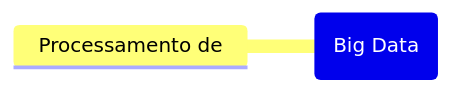
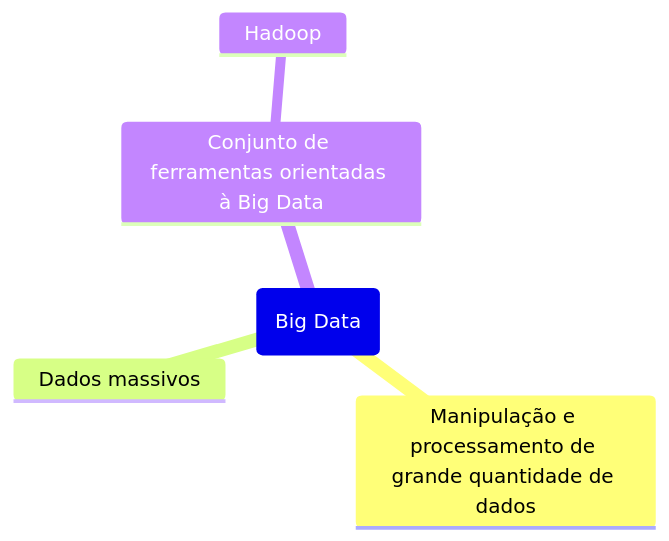
One commit to Igorino/joplin-notes changed the third of 3 diagrams in Mestrado/Segundo Semestre/SIN5033 - Grafos de conhecimento e Ontologias/Anotações/De Aulas/Aula do dia 2026 04 08.md. Above: the diagram before and after it, drawn with Mermaid.

Commit message:
Exported on 2026-04-08_17-03-51

````diff
--- a/Mestrado/Segundo Semestre/SIN5033 - Grafos de conhecimento e Ontologias/Anotações/De Aulas/Aula do dia 2026 04 08.md
+++ b/Mestrado/Segundo Semestre/SIN5033 - Grafos de conhecimento e Ontologias/Anotações/De Aulas/Aula do dia 2026 04 08.md
@@ -65,5 +65,9 @@
 ```mermaid
 mindmap
 root(Big Data)
-	Processamento de 
+	Manipulação e processamento de grande quantidade de dados
+	Dados massivos
+	Conjunto de ferramentas orientadas à Big Data
+		Hadoop
+		
 ```
````
